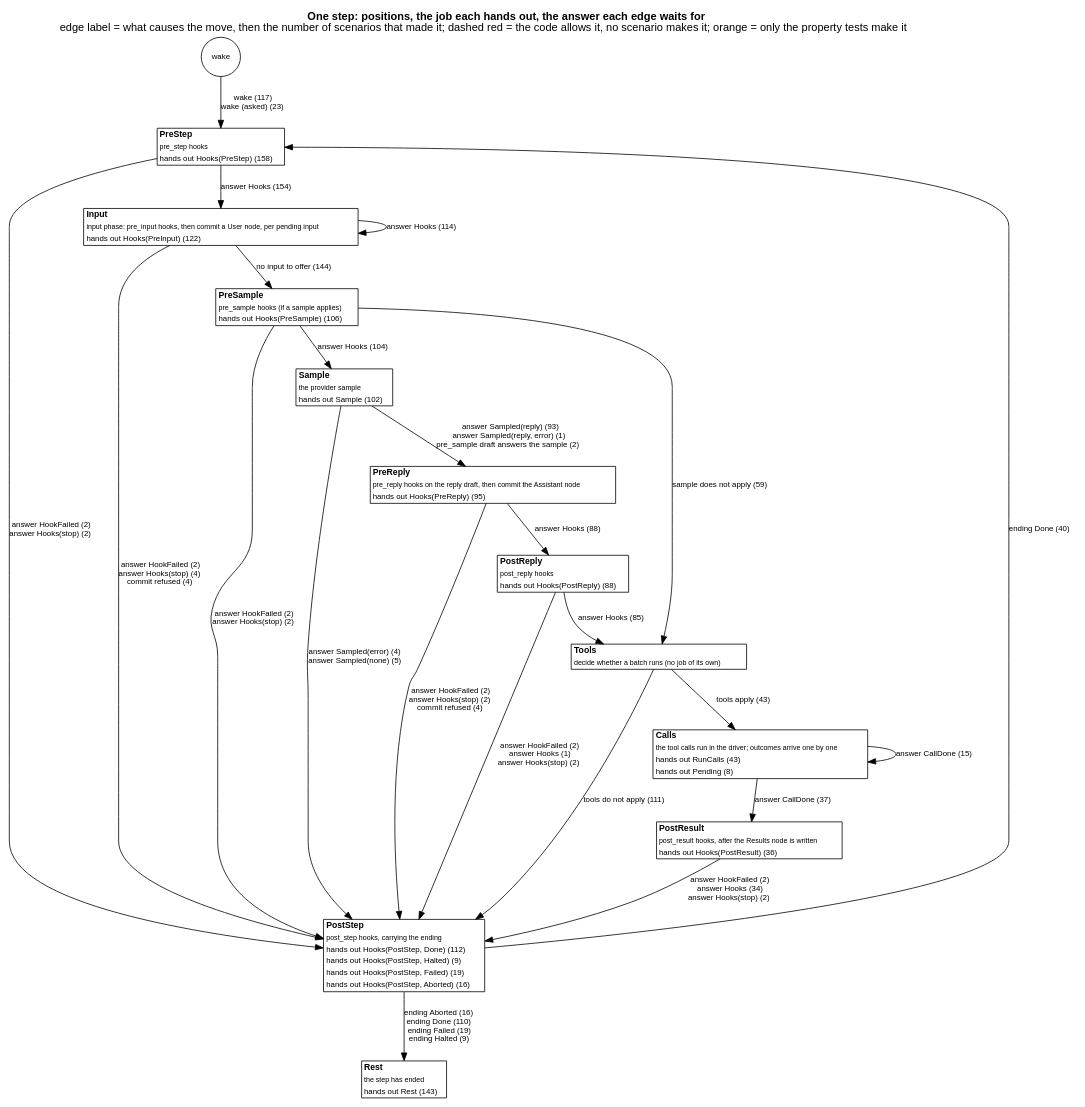
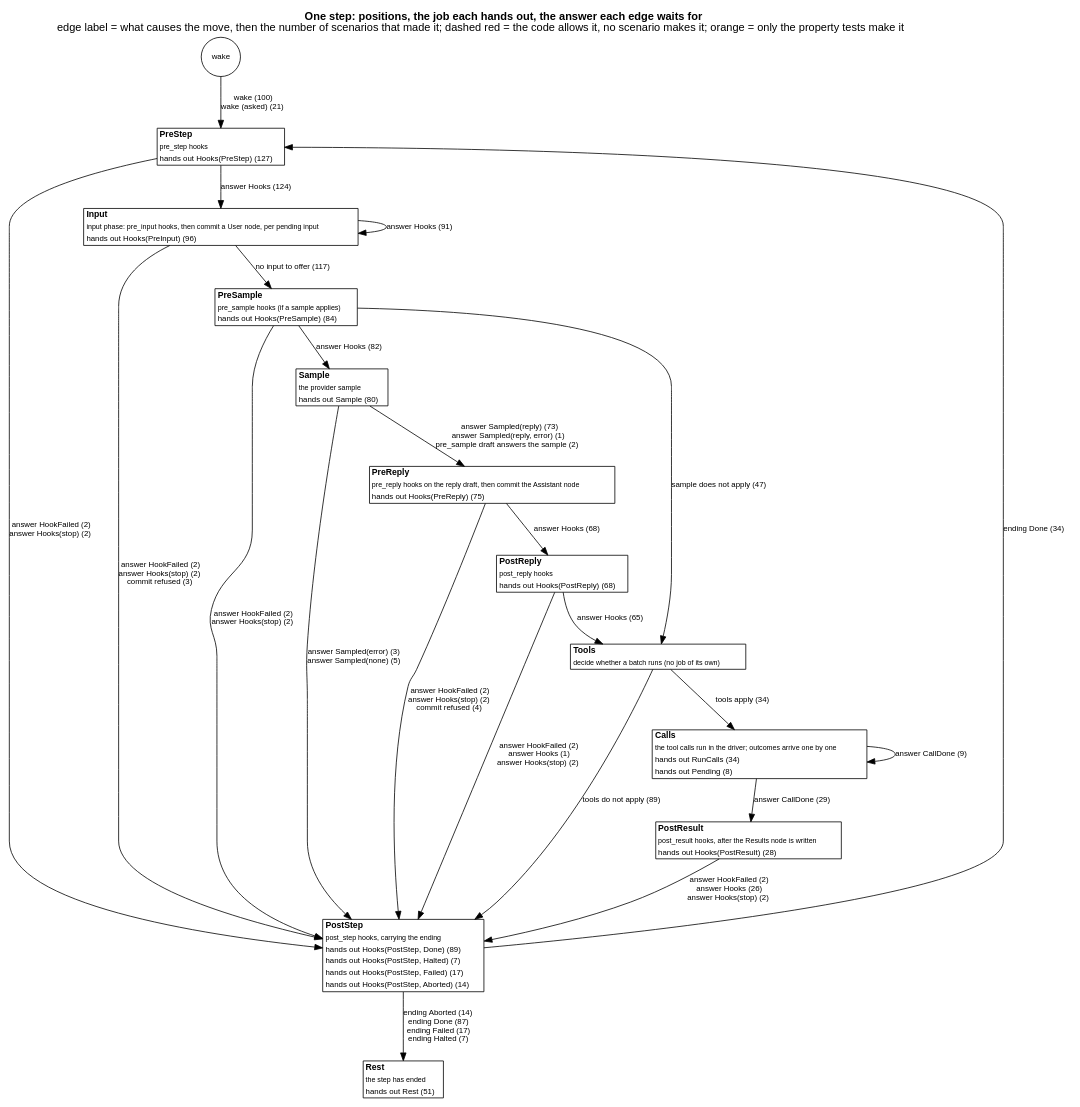
The diagram in docs/as-built/diagrams/step-positions.dot (jmccardle/tau), drawn with Graphviz before and after one commit. The commit also changed 27 other files, not shown here.

First line of the commit message:
Subtractive pass B: core decides how a sample ends and what a hook is about; driver only waits

```diff
--- a/docs/as-built/diagrams/step-positions.dot
+++ b/docs/as-built/diagrams/step-positions.dot
@@ -1,40 +1,40 @@
 // Generated by scripts/diagrams.sh from the test suites' transitions. Do not edit.
 digraph step_positions {
   graph [rankdir=TB, fontname="Helvetica", nodesep=0.5, ranksep=0.6, labelloc=t, label=<<b>One step: positions, the job each hands out, the answer each edge waits for</b><br/>edge label = what causes the move, then the number of scenarios that made it; dashed red = the code allows it, no scenario makes it; orange = only the property tests make it>];
   node [shape=plain, fontname="Helvetica", fontsize=11];
   edge [fontname="Helvetica", fontsize=10];
   "(wake)" [shape=circle, label="wake", fontsize=10];
-  "PreStep" [label=<<table border="1" cellborder="0" cellspacing="0" bgcolor="white"><tr><td align="left"><b>PreStep</b></td></tr><tr><td align="left"><font point-size="9">pre_step hooks</font></td></tr><tr><td align="left"><font color="black" point-size="10">hands out Hooks(PreStep) (158)</font></td></tr></table>>];
-  "Input" [label=<<table border="1" cellborder="0" cellspacing="0" bgcolor="white"><tr><td align="left"><b>Input</b></td></tr><tr><td align="left"><font point-size="9">input phase: pre_input hooks, then commit a User node, per pending input</font></td></tr><tr><td align="left"><font color="black" point-size="10">hands out Hooks(PreInput) (122)</font></td></tr></table>>];
-  "PreSample" [label=<<table border="1" cellborder="0" cellspacing="0" bgcolor="white"><tr><td align="left"><b>PreSample</b></td></tr><tr><td align="left"><font point-size="9">pre_sample hooks (if a sample applies)</font></td></tr><tr><td align="left"><font color="black" point-size="10">hands out Hooks(PreSample) (106)</font></td></tr></table>>];
-  "Sample" [label=<<table border="1" cellborder="0" cellspacing="0" bgcolor="white"><tr><td align="left"><b>Sample</b></td></tr><tr><td align="left"><font point-size="9">the provider sample</font></td></tr><tr><td align="left"><font color="black" point-size="10">hands out Sample (102)</font></td></tr></table>>];
-  "PreReply" [label=<<table border="1" cellborder="0" cellspacing="0" bgcolor="white"><tr><td align="left"><b>PreReply</b></td></tr><tr><td align="left"><font point-size="9">pre_reply hooks on the reply draft, then commit the Assistant node</font></td></tr><tr><td align="left"><font color="black" point-size="10">hands out Hooks(PreReply) (95)</font></td></tr></table>>];
-  "PostReply" [label=<<table border="1" cellborder="0" cellspacing="0" bgcolor="white"><tr><td align="left"><b>PostReply</b></td></tr><tr><td align="left"><font point-size="9">post_reply hooks</font></td></tr><tr><td align="left"><font color="black" point-size="10">hands out Hooks(PostReply) (88)</font></td></tr></table>>];
+  "PreStep" [label=<<table border="1" cellborder="0" cellspacing="0" bgcolor="white"><tr><td align="left"><b>PreStep</b></td></tr><tr><td align="left"><font point-size="9">pre_step hooks</font></td></tr><tr><td align="left"><font color="black" point-size="10">hands out Hooks(PreStep) (127)</font></td></tr></table>>];
+  "Input" [label=<<table border="1" cellborder="0" cellspacing="0" bgcolor="white"><tr><td align="left"><b>Input</b></td></tr><tr><td align="left"><font point-size="9">input phase: pre_input hooks, then commit a User node, per pending input</font></td></tr><tr><td align="left"><font color="black" point-size="10">hands out Hooks(PreInput) (96)</font></td></tr></table>>];
+  "PreSample" [label=<<table border="1" cellborder="0" cellspacing="0" bgcolor="white"><tr><td align="left"><b>PreSample</b></td></tr><tr><td align="left"><font point-size="9">pre_sample hooks (if a sample applies)</font></td></tr><tr><td align="left"><font color="black" point-size="10">hands out Hooks(PreSample) (84)</font></td></tr></table>>];
+  "Sample" [label=<<table border="1" cellborder="0" cellspacing="0" bgcolor="white"><tr><td align="left"><b>Sample</b></td></tr><tr><td align="left"><font point-size="9">the provider sample</font></td></tr><tr><td align="left"><font color="black" point-size="10">hands out Sample (80)</font></td></tr></table>>];
+  "PreReply" [label=<<table border="1" cellborder="0" cellspacing="0" bgcolor="white"><tr><td align="left"><b>PreReply</b></td></tr><tr><td align="left"><font point-size="9">pre_reply hooks on the reply draft, then commit the Assistant node</font></td></tr><tr><td align="left"><font color="black" point-size="10">hands out Hooks(PreReply) (75)</font></td></tr></table>>];
+  "PostReply" [label=<<table border="1" cellborder="0" cellspacing="0" bgcolor="white"><tr><td align="left"><b>PostReply</b></td></tr><tr><td align="left"><font point-size="9">post_reply hooks</font></td></tr><tr><td align="left"><font color="black" point-size="10">hands out Hooks(PostReply) (68)</font></td></tr></table>>];
   "Tools" [label=<<table border="1" cellborder="0" cellspacing="0" bgcolor="white"><tr><td align="left"><b>Tools</b></td></tr><tr><td align="left"><font point-size="9">decide whether a batch runs (no job of its own)</font></td></tr></table>>];
-  "Calls" [label=<<table border="1" cellborder="0" cellspacing="0" bgcolor="white"><tr><td align="left"><b>Calls</b></td></tr><tr><td align="left"><font point-size="9">the tool calls run in the driver; outcomes arrive one by one</font></td></tr><tr><td align="left"><font color="black" point-size="10">hands out RunCalls (43)</font></td></tr><tr><td align="left"><font color="black" point-size="10">hands out Pending (8)</font></td></tr></table>>];
-  "PostResult" [label=<<table border="1" cellborder="0" cellspacing="0" bgcolor="white"><tr><td align="left"><b>PostResult</b></td></tr><tr><td align="left"><font point-size="9">post_result hooks, after the Results node is written</font></td></tr><tr><td align="left"><font color="black" point-size="10">hands out Hooks(PostResult) (36)</font></td></tr></table>>];
-  "PostStep" [label=<<table border="1" cellborder="0" cellspacing="0" bgcolor="white"><tr><td align="left"><b>PostStep</b></td></tr><tr><td align="left"><font point-size="9">post_step hooks, carrying the ending</font></td></tr><tr><td align="left"><font color="black" point-size="10">hands out Hooks(PostStep, Done) (112)</font></td></tr><tr><td align="left"><font color="black" point-size="10">hands out Hooks(PostStep, Halted) (9)</font></td></tr><tr><td align="left"><font color="black" point-size="10">hands out Hooks(PostStep, Failed) (19)</font></td></tr><tr><td align="left"><font color="black" point-size="10">hands out Hooks(PostStep, Aborted) (16)</font></td></tr></table>>];
-  "Rest" [label=<<table border="1" cellborder="0" cellspacing="0" bgcolor="white"><tr><td align="left"><b>Rest</b></td></tr><tr><td align="left"><font point-size="9">the step has ended</font></td></tr><tr><td align="left"><font color="black" point-size="10">hands out Rest (143)</font></td></tr></table>>];
-  "(wake)" -> "PreStep" [label=<wake (117)<br/>wake (asked) (23)>, color="black", style=solid];
-  "Calls" -> "Calls" [label=<answer CallDone (15)>, color="black", style=solid];
-  "Calls" -> "PostResult" [label=<answer CallDone (37)>, color="black", style=solid];
-  "Input" -> "Input" [label=<answer Hooks (114)>, color="black", style=solid];
-  "Input" -> "PostStep" [label=<answer HookFailed (2)<br/>answer Hooks(stop) (4)<br/>commit refused (4)>, color="black", style=solid];
-  "Input" -> "PreSample" [label=<no input to offer (144)>, color="black", style=solid];
+  "Calls" [label=<<table border="1" cellborder="0" cellspacing="0" bgcolor="white"><tr><td align="left"><b>Calls</b></td></tr><tr><td align="left"><font point-size="9">the tool calls run in the driver; outcomes arrive one by one</font></td></tr><tr><td align="left"><font color="black" point-size="10">hands out RunCalls (34)</font></td></tr><tr><td align="left"><font color="black" point-size="10">hands out Pending (8)</font></td></tr></table>>];
+  "PostResult" [label=<<table border="1" cellborder="0" cellspacing="0" bgcolor="white"><tr><td align="left"><b>PostResult</b></td></tr><tr><td align="left"><font point-size="9">post_result hooks, after the Results node is written</font></td></tr><tr><td align="left"><font color="black" point-size="10">hands out Hooks(PostResult) (28)</font></td></tr></table>>];
+  "PostStep" [label=<<table border="1" cellborder="0" cellspacing="0" bgcolor="white"><tr><td align="left"><b>PostStep</b></td></tr><tr><td align="left"><font point-size="9">post_step hooks, carrying the ending</font></td></tr><tr><td align="left"><font color="black" point-size="10">hands out Hooks(PostStep, Done) (89)</font></td></tr><tr><td align="left"><font color="black" point-size="10">hands out Hooks(PostStep, Halted) (7)</font></td></tr><tr><td align="left"><font color="black" point-size="10">hands out Hooks(PostStep, Failed) (17)</font></td></tr><tr><td align="left"><font color="black" point-size="10">hands out Hooks(PostStep, Aborted) (14)</font></td></tr></table>>];
+  "Rest" [label=<<table border="1" cellborder="0" cellspacing="0" bgcolor="white"><tr><td align="left"><b>Rest</b></td></tr><tr><td align="left"><font point-size="9">the step has ended</font></td></tr><tr><td align="left"><font color="black" point-size="10">hands out Rest (51)</font></td></tr></table>>];
+  "(wake)" -> "PreStep" [label=<wake (100)<br/>wake (asked) (21)>, color="black", style=solid];
+  "Calls" -> "Calls" [label=<answer CallDone (9)>, color="black", style=solid];
+  "Calls" -> "PostResult" [label=<answer CallDone (29)>, color="black", style=solid];
+  "Input" -> "Input" [label=<answer Hooks (91)>, color="black", style=solid];
+  "Input" -> "PostStep" [label=<answer HookFailed (2)<br/>answer Hooks(stop) (2)<br/>commit refused (3)>, color="black", style=solid];
+  "Input" -> "PreSample" [label=<no input to offer (117)>, color="black", style=solid];
   "PostReply" -> "PostStep" [label=<answer HookFailed (2)<br/>answer Hooks (1)<br/>answer Hooks(stop) (2)>, color="black", style=solid];
-  "PostReply" -> "Tools" [label=<answer Hooks (85)>, color="black", style=solid];
-  "PostResult" -> "PostStep" [label=<answer HookFailed (2)<br/>answer Hooks (34)<br/>answer Hooks(stop) (2)>, color="black", style=solid];
-  "PostStep" -> "PreStep" [label=<ending Done (40)>, color="black", style=solid];
-  "PostStep" -> "Rest" [label=<ending Aborted (16)<br/>ending Done (110)<br/>ending Failed (19)<br/>ending Halted (9)>, color="black", style=solid];
-  "PreReply" -> "PostReply" [label=<answer Hooks (88)>, color="black", style=solid];
+  "PostReply" -> "Tools" [label=<answer Hooks (65)>, color="black", style=solid];
+  "PostResult" -> "PostStep" [label=<answer HookFailed (2)<br/>answer Hooks (26)<br/>answer Hooks(stop) (2)>, color="black", style=solid];
+  "PostStep" -> "PreStep" [label=<ending Done (34)>, color="black", style=solid];
+  "PostStep" -> "Rest" [label=<ending Aborted (14)<br/>ending Done (87)<br/>ending Failed (17)<br/>ending Halted (7)>, color="black", style=solid];
+  "PreReply" -> "PostReply" [label=<answer Hooks (68)>, color="black", style=solid];
   "PreReply" -> "PostStep" [label=<answer HookFailed (2)<br/>answer Hooks(stop) (2)<br/>commit refused (4)>, color="black", style=solid];
   "PreSample" -> "PostStep" [label=<answer HookFailed (2)<br/>answer Hooks(stop) (2)>, color="black", style=solid];
-  "PreSample" -> "Sample" [label=<answer Hooks (104)>, color="black", style=solid];
-  "PreSample" -> "Tools" [label=<sample does not apply (59)>, color="black", style=solid];
-  "PreStep" -> "Input" [label=<answer Hooks (154)>, color="black", style=solid];
+  "PreSample" -> "Sample" [label=<answer Hooks (82)>, color="black", style=solid];
+  "PreSample" -> "Tools" [label=<sample does not apply (47)>, color="black", style=solid];
+  "PreStep" -> "Input" [label=<answer Hooks (124)>, color="black", style=solid];
   "PreStep" -> "PostStep" [label=<answer HookFailed (2)<br/>answer Hooks(stop) (2)>, color="black", style=solid];
-  "Sample" -> "PostStep" [label=<answer Sampled(error) (4)<br/>answer Sampled(none) (5)>, color="black", style=solid];
-  "Sample" -> "PreReply" [label=<answer Sampled(reply) (93)<br/>answer Sampled(reply, error) (1)<br/>pre_sample draft answers the sample (2)>, color="black", style=solid];
-  "Tools" -> "Calls" [label=<tools apply (43)>, color="black", style=solid];
-  "Tools" -> "PostStep" [label=<tools do not apply (111)>, color="black", style=solid];
+  "Sample" -> "PostStep" [label=<answer Sampled(error) (3)<br/>answer Sampled(none) (5)>, color="black", style=solid];
+  "Sample" -> "PreReply" [label=<answer Sampled(reply) (73)<br/>answer Sampled(reply, error) (1)<br/>pre_sample draft answers the sample (2)>, color="black", style=solid];
+  "Tools" -> "Calls" [label=<tools apply (34)>, color="black", style=solid];
+  "Tools" -> "PostStep" [label=<tools do not apply (89)>, color="black", style=solid];
 }
```
